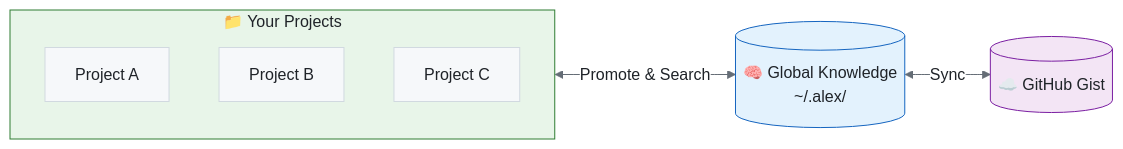
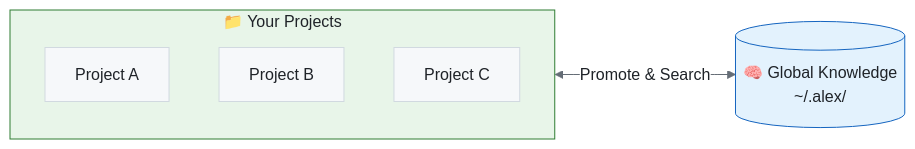
One commit to fabioc-aloha/Alex_Plug_In changed the first of 4 diagrams in alex_docs/features/GLOBAL-KNOWLEDGE.md. Above: the diagram before and after it, drawn with Mermaid. The commit also changed other lines of this file and 11 other files, not shown here.

````diff
--- a/alex_docs/features/GLOBAL-KNOWLEDGE.md
+++ b/alex_docs/features/GLOBAL-KNOWLEDGE.md
@@ -13,20 +13,16 @@
 ```mermaid
 %%{init: {'theme': 'base', 'themeVariables': { 'primaryColor': '#f6f8fa', 'primaryTextColor': '#1f2328', 'primaryBorderColor': '#d1d9e0', 'lineColor': '#656d76', 'secondaryColor': '#f6f8fa', 'tertiaryColor': '#ffffff', 'background': '#ffffff', 'mainBkg': '#f6f8fa', 'nodeBorder': '#d1d9e0', 'clusterBkg': '#f6f8fa', 'clusterBorder': '#d1d9e0', 'titleColor': '#1f2328', 'edgeLabelBackground': '#ffffff'}}}%%
 flowchart LR
     subgraph PROJECTS["📁 Your Projects"]
         P1["Project A"]
         P2["Project B"]
         P3["Project C"]
     end
 
     GK[("🧠 Global Knowledge<br/>~/.alex/")]
 
-    GIST[("☁️ GitHub Gist")]
-
     PROJECTS <-->|"Promote & Search"| GK
-    GK <-->|"Sync"| GIST
 
     style PROJECTS fill:#e8f5e9,stroke:#2e7d32
     style GK fill:#e3f2fd,stroke:#1565c0
-    style GIST fill:#f3e5f5,stroke:#7b1fa2
 ```
````
